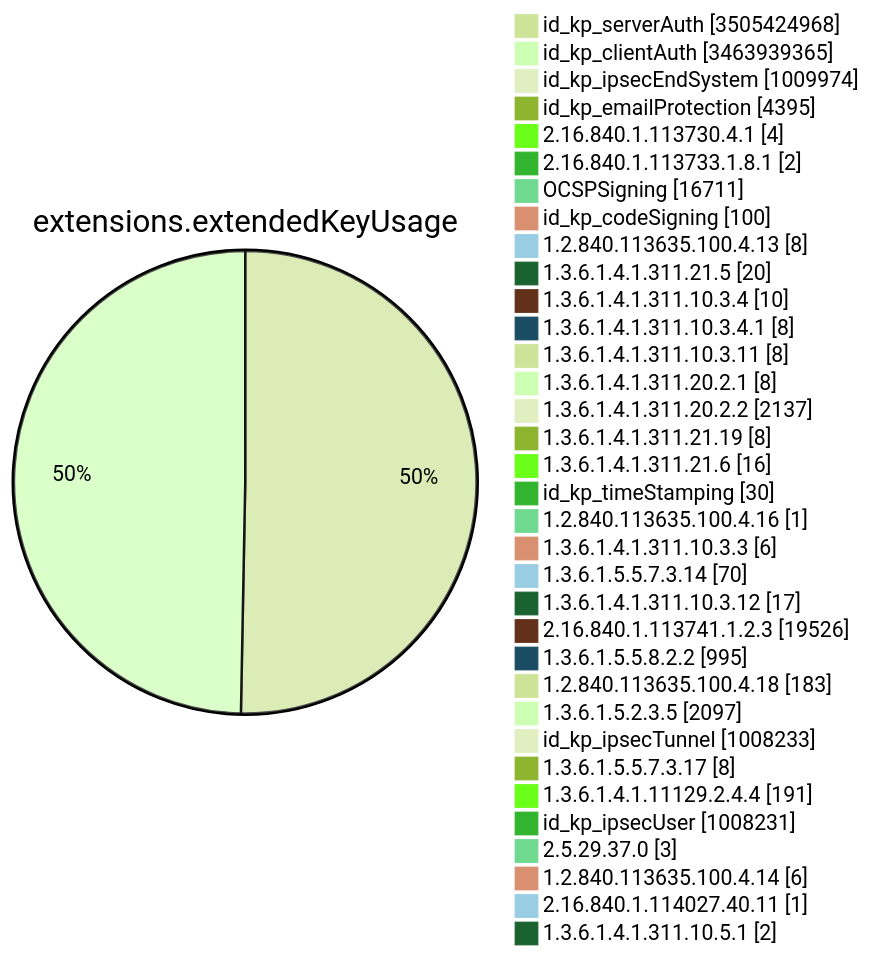
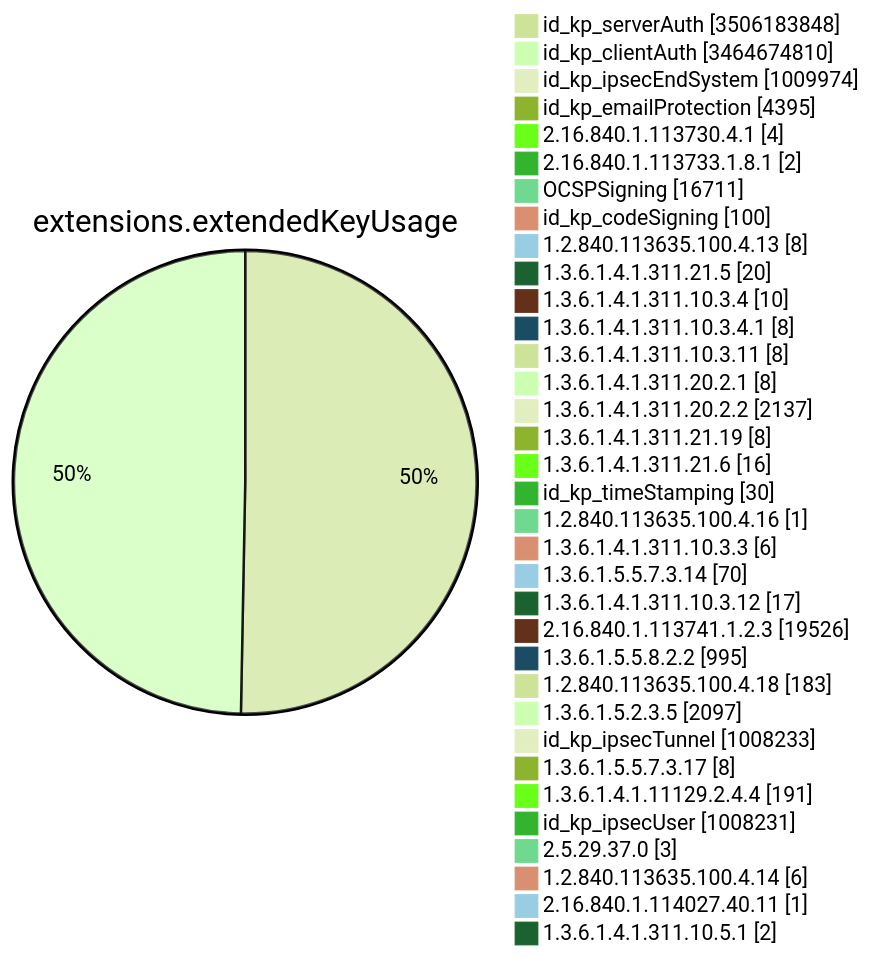
One commit to christiankrug/ctmonitor_visualization changed diagram 11 of 15 in TOTAL/README.md. Above: the diagram before and after it, drawn with Mermaid (forest theme). The commit also changed other lines of this file, not shown here.

````diff
--- a/TOTAL/README.md
+++ b/TOTAL/README.md
@@ -4126,38 +4126,38 @@
 ```mermaid
 pie showData
 title extensions.extendedKeyUsage
-"id_kp_serverAuth" :3505424968
-"id_kp_clientAuth" :3463939365
+"id_kp_serverAuth" :3506183848
+"id_kp_clientAuth" :3464674810
 "id_kp_ipsecEndSystem" :1009974
 "id_kp_emailProtection" :4395
 "2.16.840.1.113730.4.1" :4
 "2.16.840.1.113733.1.8.1" :2
 "OCSPSigning" :16711
 "id_kp_codeSigning" :100
 "1.2.840.113635.100.4.13" :8
 "1.3.6.1.4.1.311.21.5" :20
 "1.3.6.1.4.1.311.10.3.4" :10
 "1.3.6.1.4.1.311.10.3.4.1" :8
 "1.3.6.1.4.1.311.10.3.11" :8
 "1.3.6.1.4.1.311.20.2.1" :8
 "1.3.6.1.4.1.311.20.2.2" :2137
 "1.3.6.1.4.1.311.21.19" :8
 "1.3.6.1.4.1.311.21.6" :16
 "id_kp_timeStamping" :30
 "1.2.840.113635.100.4.16" :1
 "1.3.6.1.4.1.311.10.3.3" :6
 "1.3.6.1.5.5.7.3.14" :70
 "1.3.6.1.4.1.311.10.3.12" :17
 "2.16.840.1.113741.1.2.3" :19526
 "1.3.6.1.5.5.8.2.2" :995
 "1.2.840.113635.100.4.18" :183
 "1.3.6.1.5.2.3.5" :2097
 "id_kp_ipsecTunnel" :1008233
 "1.3.6.1.5.5.7.3.17" :8
 "1.3.6.1.4.1.11129.2.4.4" :191
 "id_kp_ipsecUser" :1008231
 "2.5.29.37.0" :3
 "1.2.840.113635.100.4.14" :6
 "2.16.840.1.114027.40.11" :1
 "1.3.6.1.4.1.311.10.5.1" :2
 ```
````
